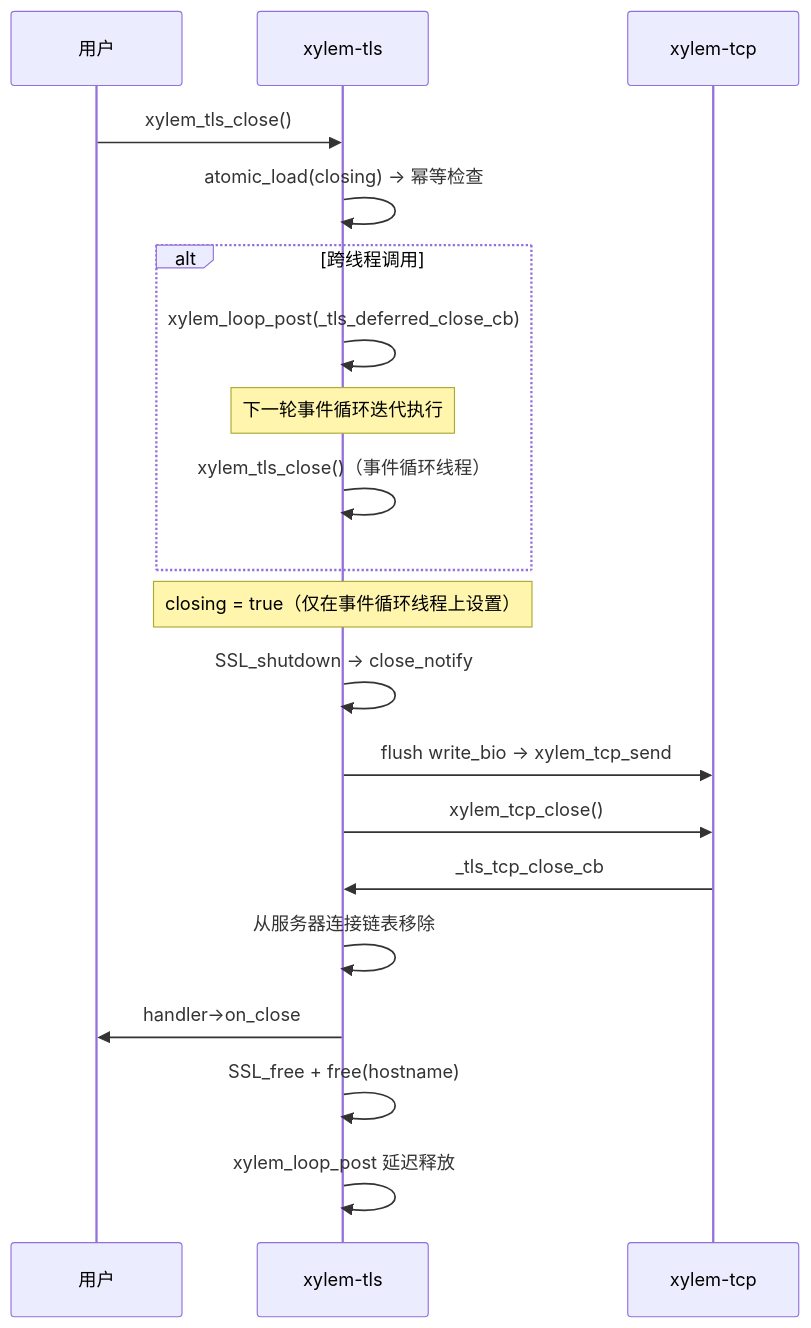
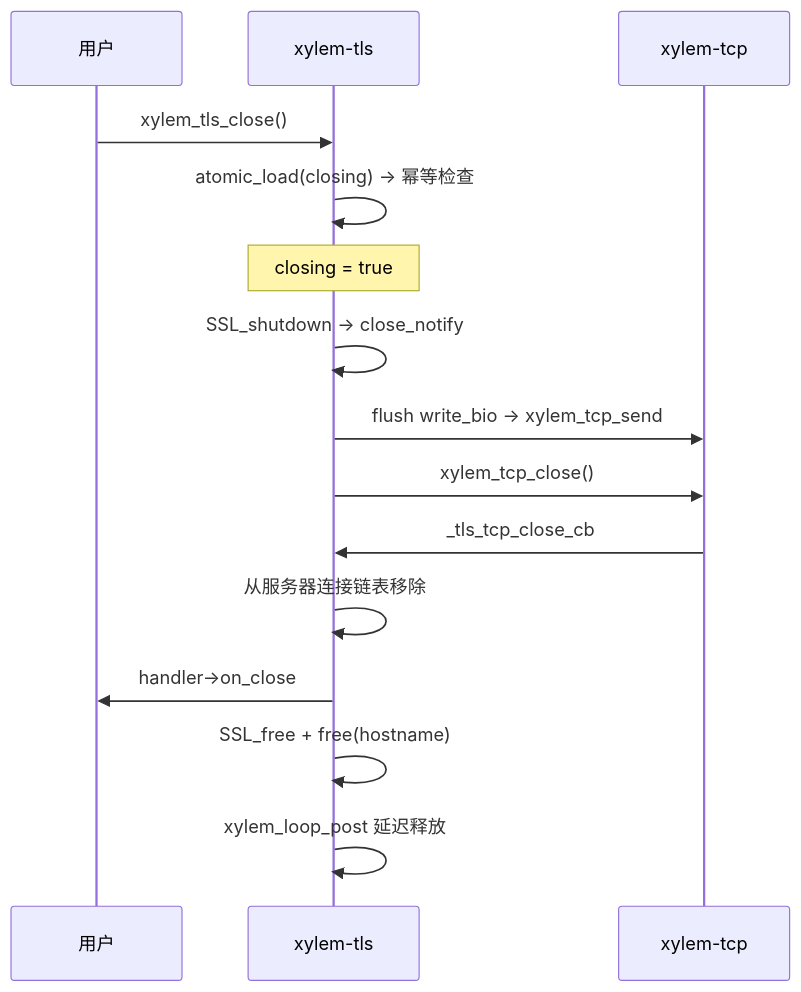
The sixth of 6 diagrams in docs/tls-design.md (MeristemForge/Xylem), drawn with Mermaid before and after one commit. The commit also changed other lines of this file and 31 other files, not shown here.

````diff
--- a/docs/tls-design.md
+++ b/docs/tls-design.md
@@ -242,23 +254,18 @@
 ```mermaid
 sequenceDiagram
     participant User as 用户
     participant TLS as xylem-tls
     participant TCP as xylem-tcp
 
     User->>TLS: xylem_tls_close()
     TLS->>TLS: atomic_load(closing) → 幂等检查
-    alt 跨线程调用
-        TLS->>TLS: xylem_loop_post(_tls_deferred_close_cb)
-        Note over TLS: 下一轮事件循环迭代执行
-        TLS->>TLS: xylem_tls_close()（事件循环线程）
-    end
-    Note over TLS: closing = true（仅在事件循环线程上设置）
+    Note over TLS: closing = true
     TLS->>TLS: SSL_shutdown → close_notify
     TLS->>TCP: flush write_bio → xylem_tcp_send
     TLS->>TCP: xylem_tcp_close()
     TCP->>TLS: _tls_tcp_close_cb
     TLS->>TLS: 从服务器连接链表移除
     TLS->>User: handler->on_close
     TLS->>TLS: SSL_free + free(hostname)
     TLS->>TLS: xylem_loop_post 延迟释放
 ```
````
